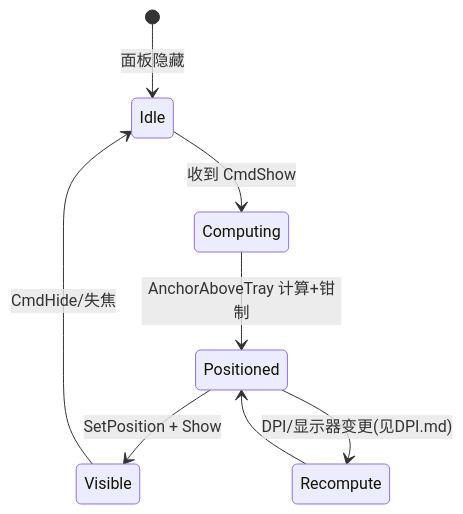
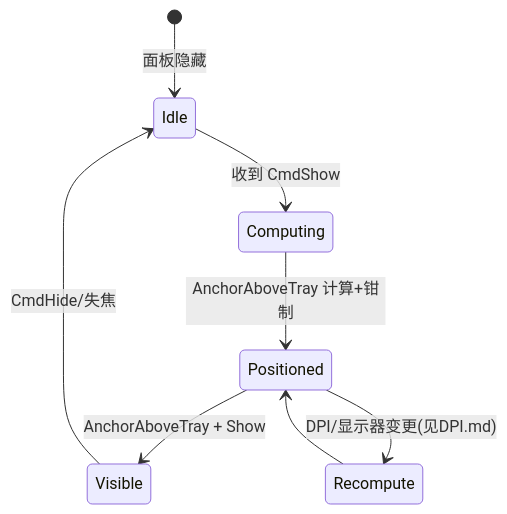
One commit to shaolei/DeskCalendar changed the fourth of 4 diagrams in docs/20-Platform/MultiMonitor.md. Above: the diagram before and after it, drawn with Mermaid. The commit also changed other lines of this file and 25 other files, not shown here.

````diff
--- a/docs/20-Platform/MultiMonitor.md
+++ b/docs/20-Platform/MultiMonitor.md
@@ -103,10 +103,10 @@
 ```mermaid
 stateDiagram-v2
     [*] --> Idle: 面板隐藏
     Idle --> Computing: 收到 CmdShow
     Computing --> Positioned: AnchorAboveTray 计算+钳制
-    Positioned --> Visible: SetPosition + Show
+    Positioned --> Visible: AnchorAboveTray + Show
     Visible --> Idle: CmdHide/失焦
     Positioned --> Recompute: DPI/显示器变更(见DPI.md)
     Recompute --> Positioned
 ```
````
